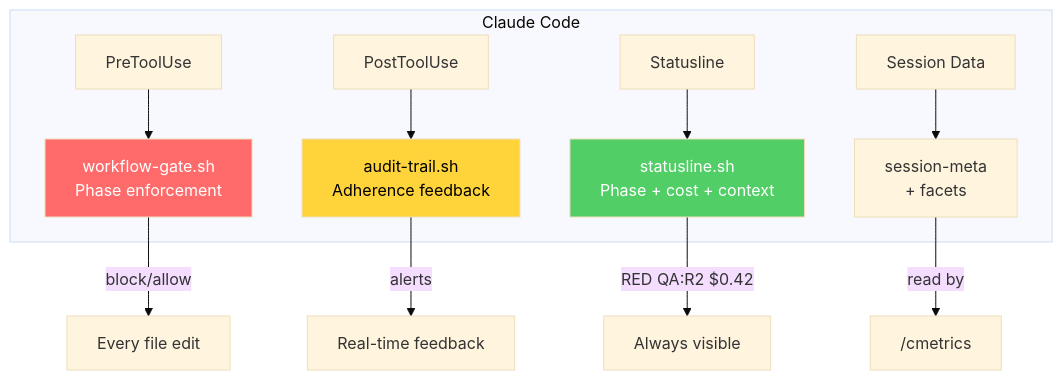
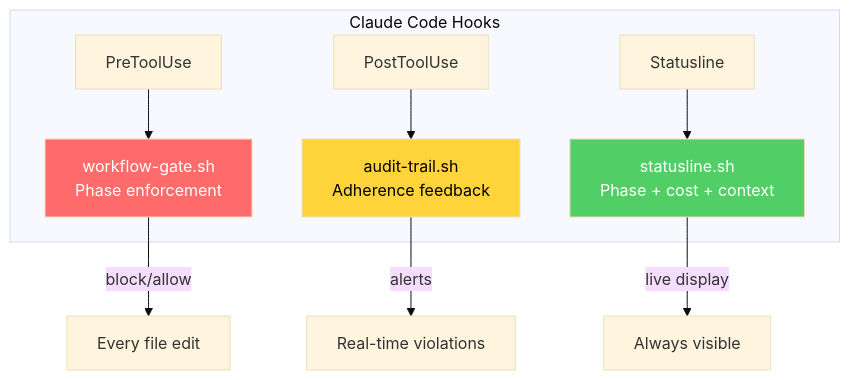
One commit to joshft/correctless changed the sixth of 6 diagrams in README.md. Above: the diagram before and after it, drawn with Mermaid (base theme). The commit also changed other lines of this file and 63 other files, not shown here.

````diff
--- a/README.md
+++ b/README.md
@@ -277,18 +253,16 @@
 ```mermaid
 graph TB
-    subgraph "Claude Code"
+    subgraph "Claude Code Hooks"
         A["PreToolUse"] --> B["workflow-gate.sh<br/>Phase enforcement"]
         C["PostToolUse"] --> D["audit-trail.sh<br/>Adherence feedback"]
         E["Statusline"] --> F["statusline.sh<br/>Phase + cost + context"]
-        G["Session Data"] --> H["session-meta<br/>+ facets"]
     end
 
     B -->|"block/allow"| I["Every file edit"]
-    D -->|"alerts"| J["Real-time feedback"]
-    F -->|"RED QA:R2 $0.42"| K["Always visible"]
-    H -->|"read by"| L["/cmetrics"]
+    D -->|"alerts"| J["Real-time violations"]
+    F -->|"live display"| K["Always visible"]
 
     style B fill:#ff6b6b,color:#fff
     style D fill:#ffd43b,color:#000
     style F fill:#51cf66,color:#fff
 ```
````
